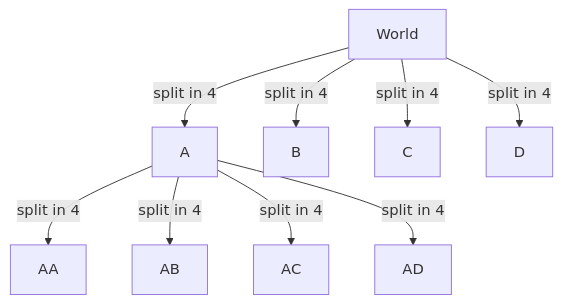
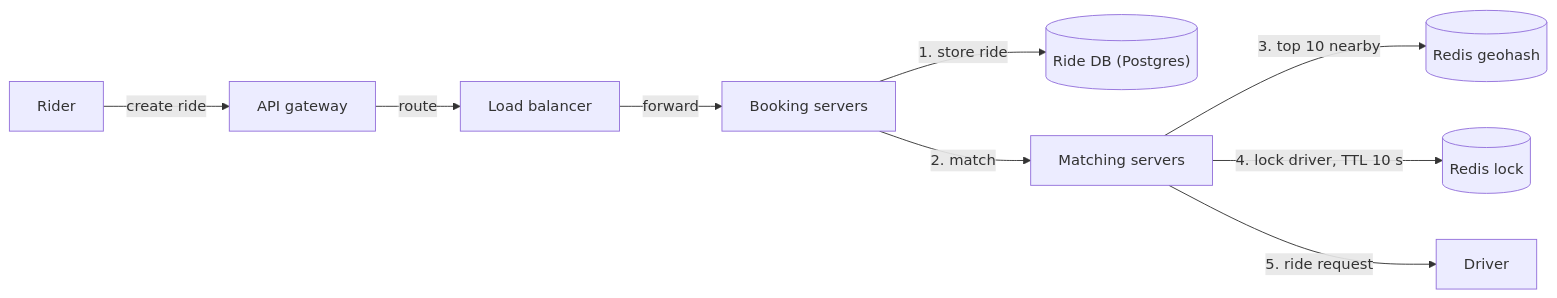
One commit to aaryan-pradhan/core-cs-fundamentals changed the second of 2 diagrams in hld/24-rapido.md. Above: the diagram before and after it, drawn with Mermaid. The commit also changed other lines of this file, not shown here.

````diff
--- a/hld/24-rapido.md
+++ b/hld/24-rapido.md
@@ -110,11 +69,11 @@
 ```mermaid
-flowchart TB
-    W["World"] -->|"split in 4"| A["A"]
-    W -->|"split in 4"| B["B"]
-    W -->|"split in 4"| C["C"]
-    W -->|"split in 4"| Dd["D"]
-    A -->|"split in 4"| AA["AA"]
-    A -->|"split in 4"| AB["AB"]
-    A -->|"split in 4"| AC["AC"]
-    A -->|"split in 4"| AD["AD"]
+flowchart LR
+    R["Rider"] -->|"create ride"| GW["API gateway"]
+    GW -->|"route"| LB["Load balancer"]
+    LB -->|"forward"| BS["Booking servers"]
+    BS -->|"1. store ride"| RDB[("Ride DB (Postgres)")]
+    BS -->|"2. match"| MS["Matching servers"]
+    MS -->|"3. top 10 nearby"| GEO[("Redis geohash")]
+    MS -->|"4. lock driver, TTL 10 s"| LK[("Redis lock")]
+    MS -->|"5. ride request"| D["Driver"]
 ```
````
